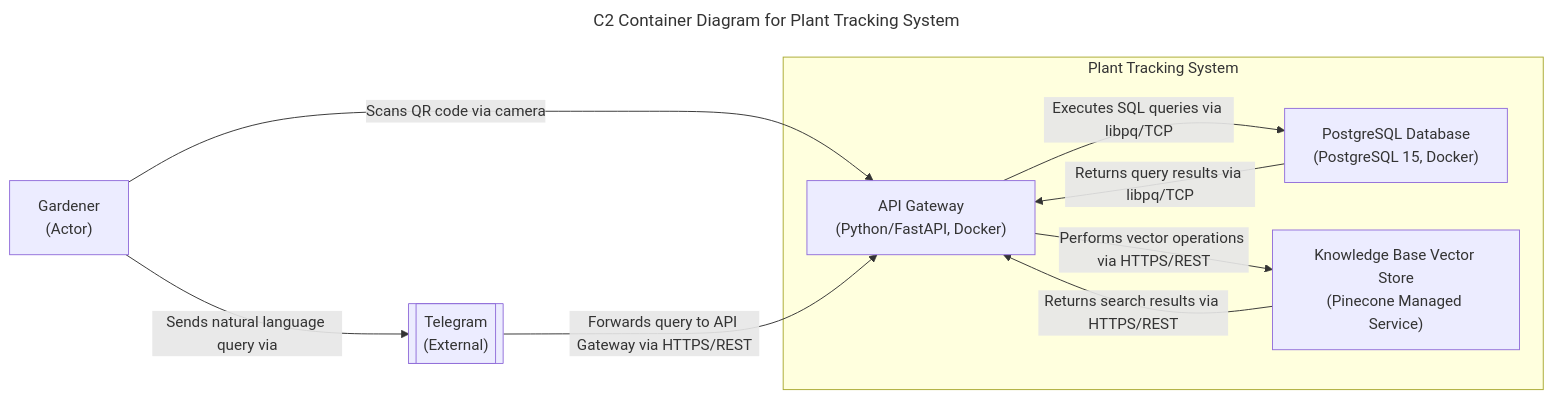
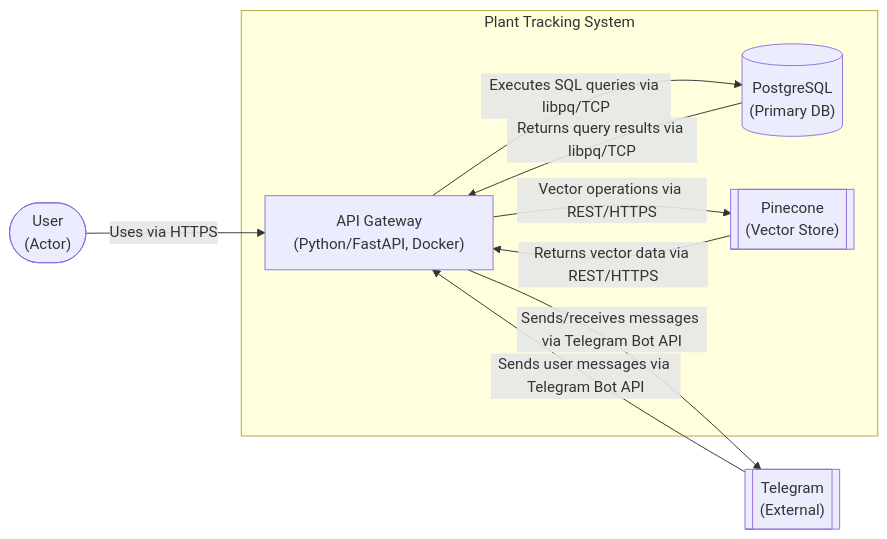
Before and after one commit to geraldthewes/plant-tracking: the diagram in knowledge/architecture/database/c2-container.md, drawn with Mermaid. The commit also changed other lines of this file and 7 other files, not shown here.

Commit message:
Generator pass 4 - sprint 5 (Database + Knowledge Base)

````diff
--- a/knowledge/architecture/database/c2-container.md
+++ b/knowledge/architecture/database/c2-container.md
@@ -288,28 +251,25 @@
 ```mermaid
----
-title: C2 Container Diagram for Plant Tracking System
----
 flowchart LR
-    %% External Actors
-    Gardener["Gardener\n(Actor)"]
+    %% Define containers and external systems
+    user(["User\n(Actor)"])
+    api_gateway["API Gateway\n(Python/FastAPI, Docker)"]
+    db[("PostgreSQL\n(Primary DB)")]
+    kb[["Pinecone\n(Vector Store)"]]
+    telegram[["Telegram\n(External)"]]
     
-    %% System Boundary
+    %% Relationships with labels
+    user -->|"Uses via HTTPS"| api_gateway
+    api_gateway -->|"Executes SQL queries via libpq/TCP"| db
+    db -->|"Returns query results via libpq/TCP"| api_gateway
+    api_gateway -->|"Vector operations via REST/HTTPS"| kb
+    kb -->|"Returns vector data via REST/HTTPS"| api_gateway
+    api_gateway -->|"Sends/receives messages via Telegram Bot API"| telegram
+    telegram -->|"Sends user messages via Telegram Bot API"| api_gateway
+    
+    %% System boundary
     subgraph sys["Plant Tracking System"]
-        %% Containers
-        APIGateway["API Gateway\n(Python/FastAPI, Docker)"]
-        Database["PostgreSQL Database\n(PostgreSQL 15, Docker)"]
-        KBStore["Knowledge Base Vector Store\n(Pinecone Managed Service)"]
+        api_gateway
+        db
+        kb
     end
-    
-    %% External Systems
-    Telegram[["Telegram\n(External)"]]
-    
-    %% Relationships
-    Gardener -->|Scans QR code via camera| APIGateway
-    Gardener -->|Sends natural language query via| Telegram
-    Telegram -->|Forwards query to API Gateway via HTTPS/REST| APIGateway
-    APIGateway -->|Executes SQL queries via libpq/TCP| Database
-    APIGateway -->|Performs vector operations via HTTPS/REST| KBStore
-    Database -->|Returns query results via libpq/TCP| APIGateway
-    KBStore -->|Returns search results via HTTPS/REST| APIGateway
 ```
````
